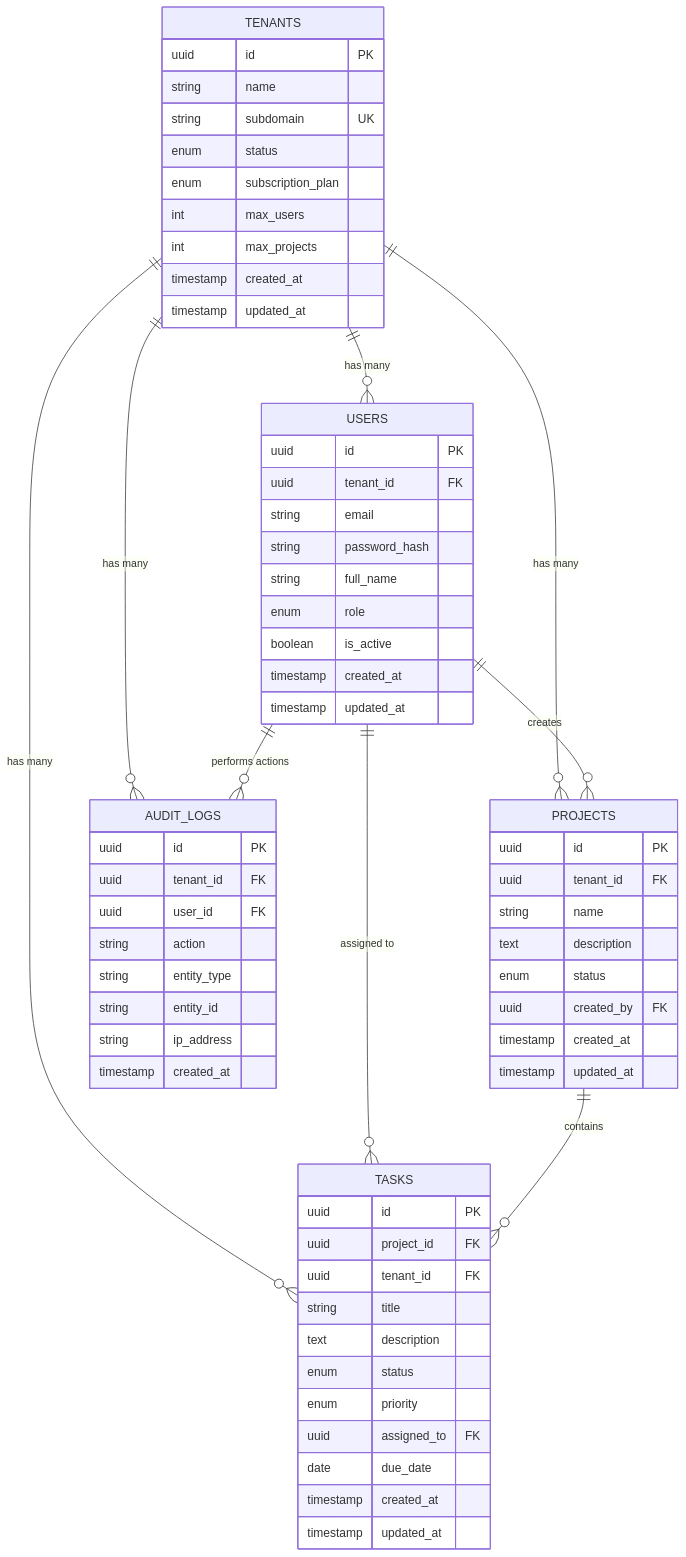
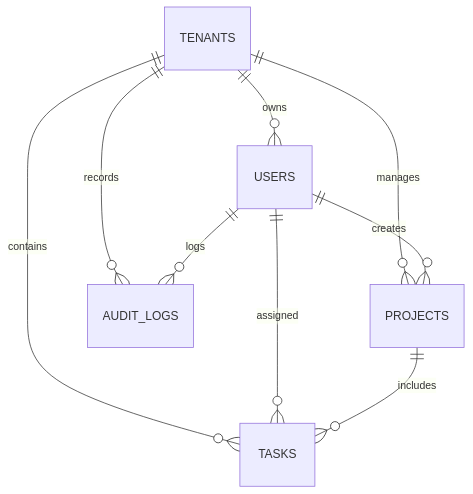
One commit to navya1129/multi-tenant-saas changed the third of 4 diagrams in docs/architecture.md. Above: the diagram before and after it, drawn with Mermaid. The commit also changed other lines of this file, not shown here.

````diff
--- a/docs/architecture.md
+++ b/docs/architecture.md
@@ -88,73 +87,13 @@
 ```mermaid
 erDiagram
-    TENANTS ||--o{ USERS : "has many"
-    TENANTS ||--o{ PROJECTS : "has many"
-    TENANTS ||--o{ TASKS : "has many"
-    TENANTS ||--o{ AUDIT_LOGS : "has many"
-    
-    USERS ||--o{ PROJECTS : "creates"
-    USERS ||--o{ TASKS : "assigned to"
-    USERS ||--o{ AUDIT_LOGS : "performs actions"
-    
-    PROJECTS ||--o{ TASKS : "contains"
-    
-    TENANTS {
-        uuid id PK
-        string name
-        string subdomain UK
-        enum status
-        enum subscription_plan
-        int max_users
-        int max_projects
-        timestamp created_at
-        timestamp updated_at
-    }
-    
-    USERS {
-        uuid id PK
-        uuid tenant_id FK
-        string email
-        string password_hash
-        string full_name
-        enum role
-        boolean is_active
-        timestamp created_at
-        timestamp updated_at
-    }
-    
-    PROJECTS {
-        uuid id PK
-        uuid tenant_id FK
-        string name
-        text description
-        enum status
-        uuid created_by FK
-        timestamp created_at
-        timestamp updated_at
-    }
-    
-    TASKS {
-        uuid id PK
-        uuid project_id FK
-        uuid tenant_id FK
-        string title
-        text description
-        enum status
-        enum priority
-        uuid assigned_to FK
-        date due_date
-        timestamp created_at
-        timestamp updated_at
-    }
-    
-    AUDIT_LOGS {
-        uuid id PK
-        uuid tenant_id FK
-        uuid user_id FK
-        string action
-        string entity_type
-        string entity_id
-        string ip_address
-        timestamp created_at
-    }
+    TENANTS ||--o{ USERS : owns
+    TENANTS ||--o{ PROJECTS : manages
+    TENANTS ||--o{ TASKS : contains
+    TENANTS ||--o{ AUDIT_LOGS : records
+
+    USERS ||--o{ PROJECTS : creates
+    USERS ||--o{ TASKS : assigned
+    USERS ||--o{ AUDIT_LOGS : logs
+
+    PROJECTS ||--o{ TASKS : includes
 ```
````
